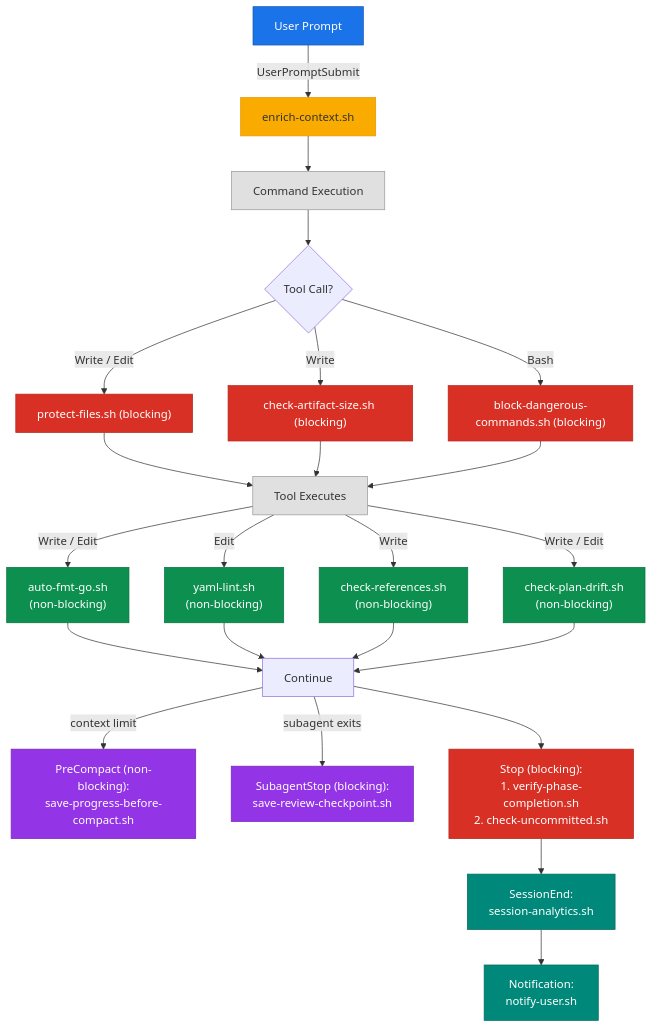
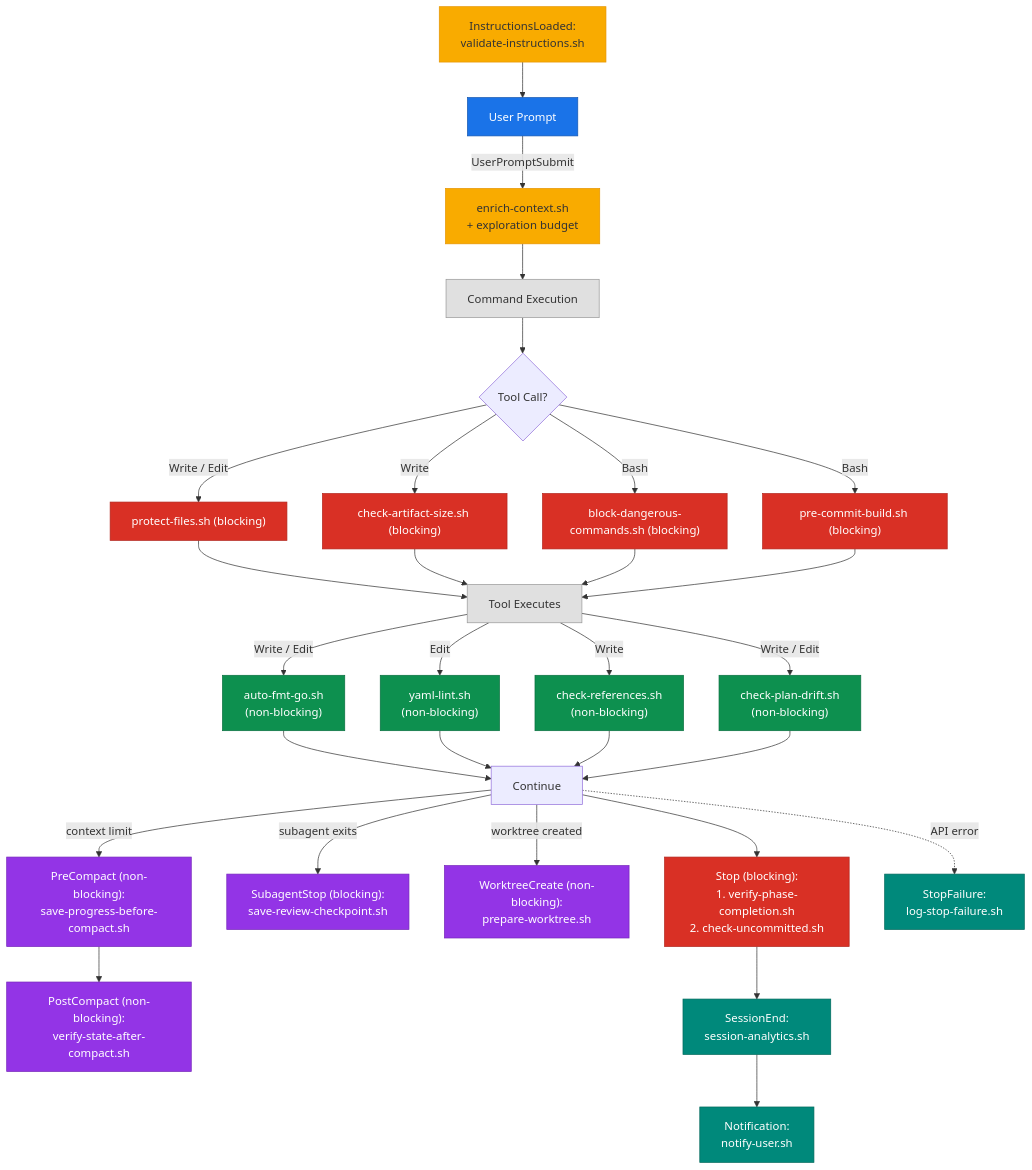
One commit to hex0xdeadbeef/claude-kit changed the sixth of 6 diagrams in README.md. Above: the diagram before and after it, drawn with Mermaid. The commit also changed other lines of this file, not shown here.

````diff
--- a/README.md
+++ b/README.md
@@ -437,48 +438,59 @@
 ```mermaid
 flowchart TB
-    UP["User Prompt"] -->|UserPromptSubmit| ENR["enrich-context.sh"]
+    IL["InstructionsLoaded:<br/>validate-instructions.sh"] --> UP["User Prompt"]
+    UP -->|UserPromptSubmit| ENR["enrich-context.sh<br/>+ exploration budget"]
     ENR --> CMD["Command Execution"]
 
     CMD --> TOOL{"Tool Call?"}
     TOOL -->|"Write / Edit"| PRE1["protect-files.sh (blocking)"]
     TOOL -->|Write| PRE2["check-artifact-size.sh (blocking)"]
     TOOL -->|Bash| PRE3["block-dangerous-commands.sh (blocking)"]
+    TOOL -->|Bash| PRE4["pre-commit-build.sh (blocking)"]
 
     PRE1 --> EXEC["Tool Executes"]
     PRE2 --> EXEC
     PRE3 --> EXEC
+    PRE4 --> EXEC
 
     EXEC -->|"Write / Edit"| POST1["auto-fmt-go.sh<br/>(non-blocking)"]
     EXEC -->|Edit| POST2["yaml-lint.sh<br/>(non-blocking)"]
     EXEC -->|Write| POST3["check-references.sh<br/>(non-blocking)"]
     EXEC -->|"Write / Edit"| POST4["check-plan-drift.sh<br/>(non-blocking)"]
 
     POST1 --> CONT["Continue"]
     POST2 --> CONT
     POST3 --> CONT
     POST4 --> CONT
 
     CONT -->|"context limit"| COMPACT["PreCompact (non-blocking):<br/>save-progress-before-compact.sh"]
+    COMPACT --> PCOMPACT["PostCompact (non-blocking):<br/>verify-state-after-compact.sh"]
     CONT -->|"subagent exits"| SUBSTOP["SubagentStop (blocking):<br/>save-review-checkpoint.sh"]
+    CONT -->|"worktree created"| WT["WorktreeCreate (non-blocking):<br/>prepare-worktree.sh"]
     CONT --> STOP["Stop (blocking):<br/>1. verify-phase-completion.sh<br/>2. check-uncommitted.sh"]
+    CONT -.->|"API error"| SFAIL["StopFailure:<br/>log-stop-failure.sh"]
 
     STOP --> SESS["SessionEnd:<br/>session-analytics.sh"]
     SESS --> NOTIFY["Notification:<br/>notify-user.sh"]
 
+    style IL fill:#f9ab00,color:#333,stroke:#e69500
     style UP fill:#1a73e8,color:#fff,stroke:#1557b0
     style ENR fill:#f9ab00,color:#333,stroke:#e69500
     style CMD fill:#e0e0e0,color:#333,stroke:#999
     style PRE1 fill:#d93025,color:#fff,stroke:#b3261e
     style PRE2 fill:#d93025,color:#fff,stroke:#b3261e
     style PRE3 fill:#d93025,color:#fff,stroke:#b3261e
+    style PRE4 fill:#d93025,color:#fff,stroke:#b3261e
     style EXEC fill:#e0e0e0,color:#333,stroke:#999
     style POST1 fill:#0d904f,color:#fff,stroke:#0a7040
     style POST2 fill:#0d904f,color:#fff,stroke:#0a7040
     style POST3 fill:#0d904f,color:#fff,stroke:#0a7040
     style POST4 fill:#0d904f,color:#fff,stroke:#0a7040
     style COMPACT fill:#9334e6,color:#fff,stroke:#7627bb
+    style PCOMPACT fill:#9334e6,color:#fff,stroke:#7627bb
     style SUBSTOP fill:#9334e6,color:#fff,stroke:#7627bb
+    style WT fill:#9334e6,color:#fff,stroke:#7627bb
     style STOP fill:#d93025,color:#fff,stroke:#b3261e
+    style SFAIL fill:#00897b,color:#fff,stroke:#00695c
     style SESS fill:#00897b,color:#fff,stroke:#00695c
     style NOTIFY fill:#00897b,color:#fff,stroke:#00695c
 ```
````
